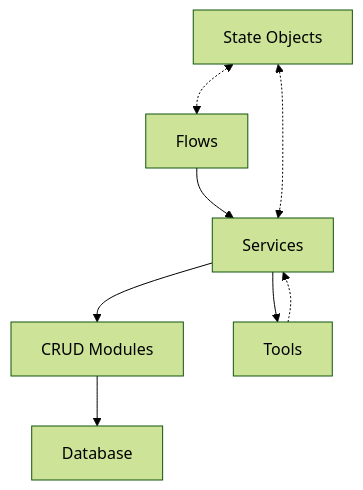
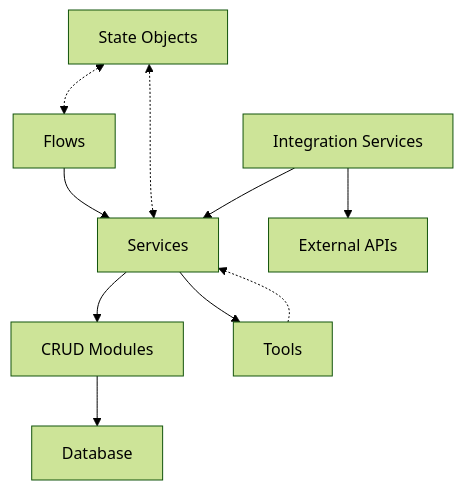
Before and after one commit to arockwell/local_newsifier: the diagram in memory-bank/systemPatterns.md, drawn with Mermaid (forest theme). The commit also changed other lines of this file, not shown here.

Commit message:
Update systemPatterns.md with External Integration Pattern for Apify

````diff
--- a/memory-bank/systemPatterns.md
+++ b/memory-bank/systemPatterns.md
@@ -31,10 +36,12 @@
 ```mermaid
 graph TD
     A[Flows] --> B[Services]
     B --> C[CRUD Modules]
     B --> D[Tools]
     C --> E[Database]
     D -.-> B
     F[State Objects] <-.-> A
     F <-.-> B
+    G[Integration Services] --> B
+    G --> H[External APIs]
 ```
````
